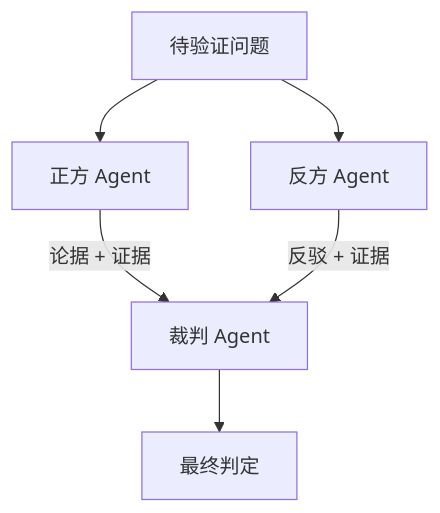
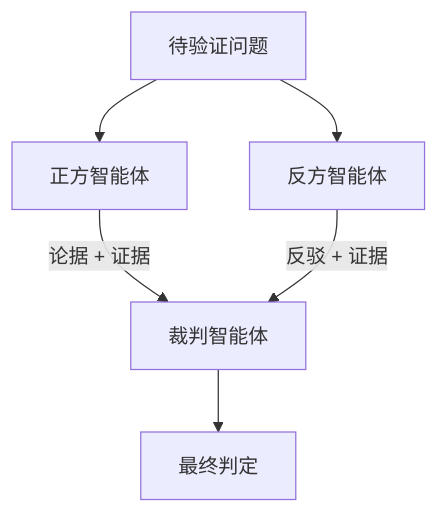
One commit to yeasy/agentic_ai_guide changed the second of 2 diagrams in 06_communication/6.3_game_theory.md. Above: the diagram before and after it, drawn with Mermaid. The commit also changed other lines of this file and 75 other files, not shown here.

````diff
--- a/06_communication/6.3_game_theory.md
+++ b/06_communication/6.3_game_theory.md
@@ -112,8 +112,8 @@
 ```mermaid
 graph TD
-    Question["待验证问题"] --> Pro["正方 Agent"]
-    Question --> Con["反方 Agent"]
-    Pro -->|"论据 + 证据"| Judge["裁判 Agent"]
+    Question["待验证问题"] --> Pro["正方智能体"]
+    Question --> Con["反方智能体"]
+    Pro -->|"论据 + 证据"| Judge["裁判智能体"]
     Con -->|"反驳 + 证据"| Judge
     Judge --> Verdict["最终判定"]
 ```
````
